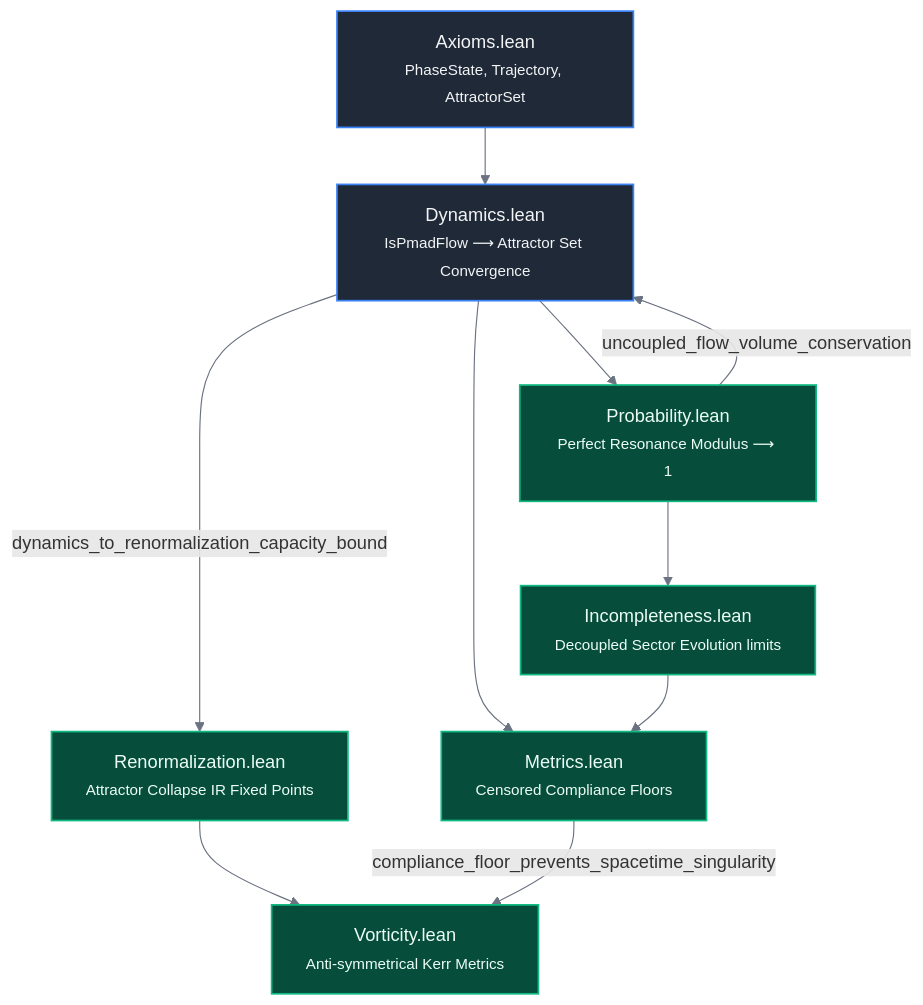
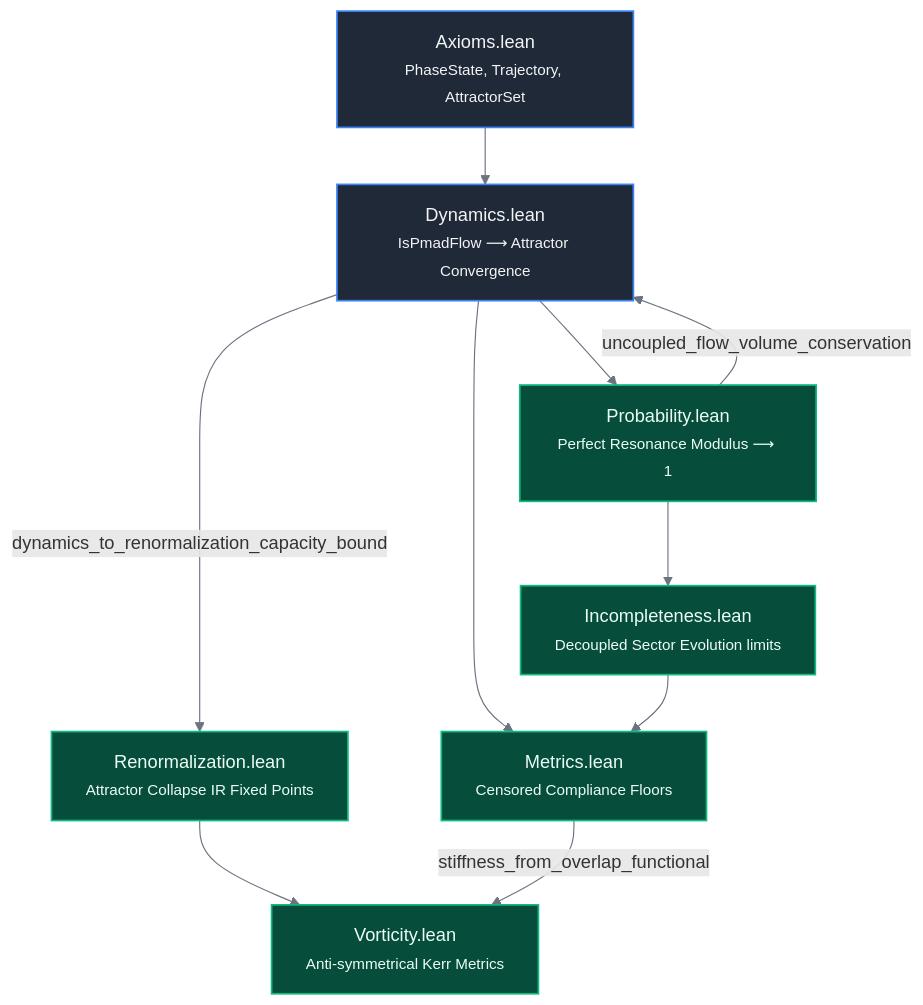
One commit to cinquemb/PMAD-lean changed the diagram in README.md. Above: the diagram before and after it, drawn with Mermaid. The commit also changed other lines of this file and 3 other files, not shown here.

````diff
--- a/README.md
+++ b/README.md
@@ -24,26 +24,26 @@
 ```mermaid
 graph TD
     %% Nodes Style Configuration
     classDef default fill:#1f2328,stroke:#30363d,stroke-width:1px,color:#e6edf3;
     classDef primary fill:#1f2937,stroke:#3b82f6,stroke-width:1.5px,color:#f3f4f6;
     classDef success fill:#064e3b,stroke:#10b981,stroke-width:1.5px,color:#ecfdf5;
 
     %% Workflow Connections
-    A[Axioms.lean<br><small>PhaseState, Trajectory, AttractorSet</small>]:::primary --> B[Dynamics.lean<br><small>IsPmadFlow ⟶ Attractor Set Convergence</small>]:::primary
+    A[Axioms.lean<br><small>PhaseState, Trajectory, AttractorSet</small>]:::primary --> B[Dynamics.lean<br><small>IsPmadFlow ⟶ Attractor Convergence</small>]:::primary
     
     B --> C[Probability.lean<br><small>Perfect Resonance Modulus ⟶ 1</small>]:::success
     B --> D[Metrics.lean<br><small>Censored Compliance Floors</small>]:::success
     
     C --> G[Incompleteness.lean<br><small>Decoupled Sector Evolution limits</small>]:::success
     
     %% Inter-module link loops
     C -- "uncoupled_flow_volume_conservation" --> B
     B -- "dynamics_to_renormalization_capacity_bound" --> E[Renormalization.lean<br><small>Attractor Collapse IR Fixed Points</small>]:::success
     E --> F[Vorticity.lean<br><small>Anti-symmetrical Kerr Metrics</small>]:::success
-    D -- "compliance_floor_prevents_spacetime_singularity" --> F
+    D -- "stiffness_from_overlap_functional" --> F
     
     G --> D
 
     %% Link adjustments
     linkStyle default stroke:#6b7280,stroke-width:1px;
 ```
````
